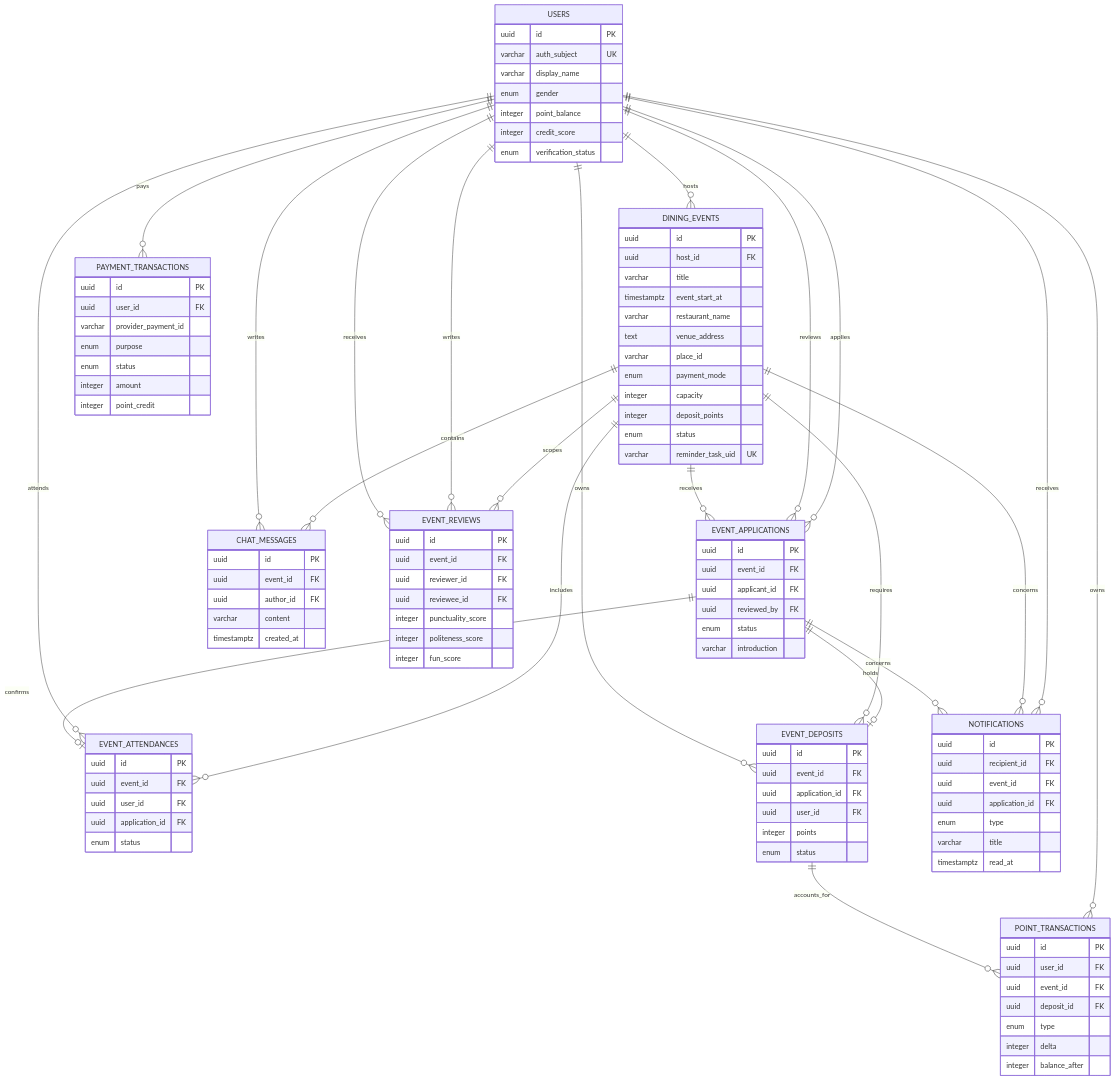
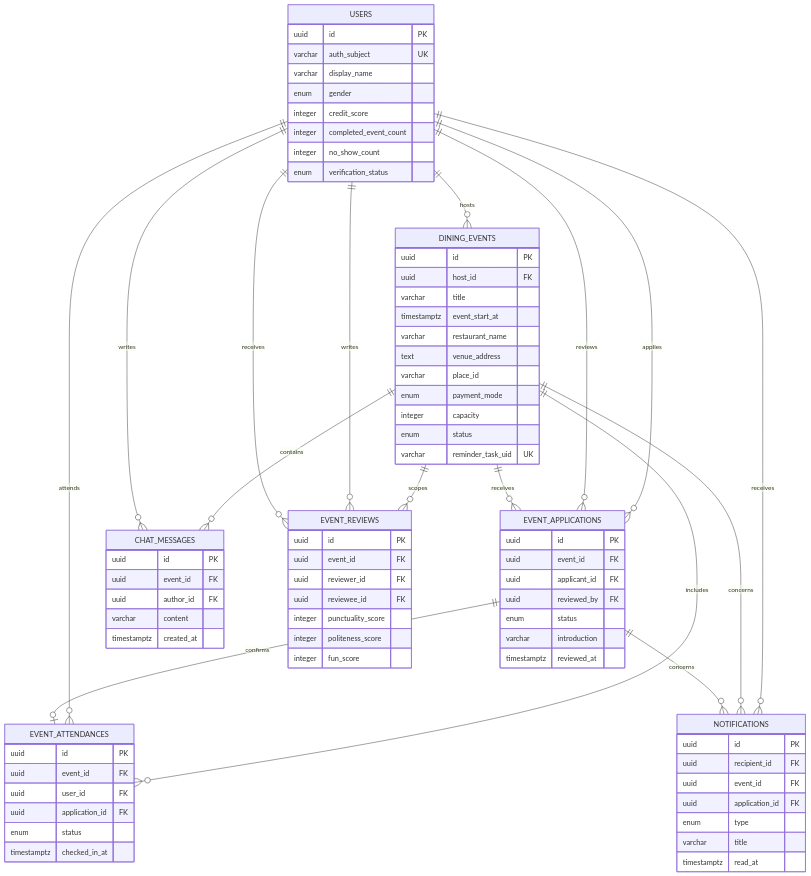
Before and after one commit to lifebc143/DineLink: the diagram in docs/DineLink_ERD.mmd, drawn with Mermaid. The commit also changed 8 other files, not shown here.

Commit message:
Checkpoint: DineLink 產品規格與 Roadmap 已改為主辦人審核、取消規則、出席紀錄與信用 rating 主軸；移除目前產品文件、ERD、資料流程與前端頁面的保證金敘述。MVP、Beta、Launch Roadmap 已更新，30 項測試與型別檢查通過。

```diff
--- a/docs/DineLink_ERD.mmd
+++ b/docs/DineLink_ERD.mmd
@@ -1,112 +1,82 @@
 erDiagram
   USERS {
     uuid id PK
     varchar auth_subject UK
     varchar display_name
     enum gender
-    integer point_balance
     integer credit_score
+    integer completed_event_count
+    integer no_show_count
     enum verification_status
   }
   DINING_EVENTS {
     uuid id PK
     uuid host_id FK
     varchar title
     timestamptz event_start_at
     varchar restaurant_name
     text venue_address
     varchar place_id
     enum payment_mode
     integer capacity
-    integer deposit_points
     enum status
     varchar reminder_task_uid UK
   }
   EVENT_APPLICATIONS {
     uuid id PK
     uuid event_id FK
     uuid applicant_id FK
     uuid reviewed_by FK
     enum status
     varchar introduction
+    timestamptz reviewed_at
   }
   EVENT_ATTENDANCES {
     uuid id PK
     uuid event_id FK
     uuid user_id FK
     uuid application_id FK
     enum status
+    timestamptz checked_in_at
   }
   CHAT_MESSAGES {
     uuid id PK
     uuid event_id FK
     uuid author_id FK
     varchar content
     timestamptz created_at
   }
   EVENT_REVIEWS {
     uuid id PK
     uuid event_id FK
     uuid reviewer_id FK
     uuid reviewee_id FK
     integer punctuality_score
     integer politeness_score
     integer fun_score
-  }
-  EVENT_DEPOSITS {
-    uuid id PK
-    uuid event_id FK
-    uuid application_id FK
-    uuid user_id FK
-    integer points
-    enum status
-  }
-  POINT_TRANSACTIONS {
-    uuid id PK
-    uuid user_id FK
-    uuid event_id FK
-    uuid deposit_id FK
-    enum type
-    integer delta
-    integer balance_after
-  }
-  PAYMENT_TRANSACTIONS {
-    uuid id PK
-    uuid user_id FK
-    varchar provider_payment_id
-    enum purpose
-    enum status
-    integer amount
-    integer point_credit
   }
   NOTIFICATIONS {
     uuid id PK
     uuid recipient_id FK
     uuid event_id FK
     uuid application_id FK
     enum type
     varchar title
     timestamptz read_at
   }
 
   USERS ||--o{ DINING_EVENTS : hosts
   USERS ||--o{ EVENT_APPLICATIONS : applies
   USERS ||--o{ EVENT_APPLICATIONS : reviews
   DINING_EVENTS ||--o{ EVENT_APPLICATIONS : receives
   DINING_EVENTS ||--o{ EVENT_ATTENDANCES : includes
   USERS ||--o{ EVENT_ATTENDANCES : attends
   EVENT_APPLICATIONS ||--o| EVENT_ATTENDANCES : confirms
   DINING_EVENTS ||--o{ CHAT_MESSAGES : contains
   USERS ||--o{ CHAT_MESSAGES : writes
   DINING_EVENTS ||--o{ EVENT_REVIEWS : scopes
   USERS ||--o{ EVENT_REVIEWS : writes
   USERS ||--o{ EVENT_REVIEWS : receives
-  EVENT_APPLICATIONS ||--o| EVENT_DEPOSITS : holds
-  DINING_EVENTS ||--o{ EVENT_DEPOSITS : requires
-  USERS ||--o{ EVENT_DEPOSITS : owns
-  USERS ||--o{ POINT_TRANSACTIONS : owns
-  EVENT_DEPOSITS ||--o{ POINT_TRANSACTIONS : accounts_for
-  USERS ||--o{ PAYMENT_TRANSACTIONS : pays
   USERS ||--o{ NOTIFICATIONS : receives
   DINING_EVENTS ||--o{ NOTIFICATIONS : concerns
   EVENT_APPLICATIONS ||--o{ NOTIFICATIONS : concerns
```
